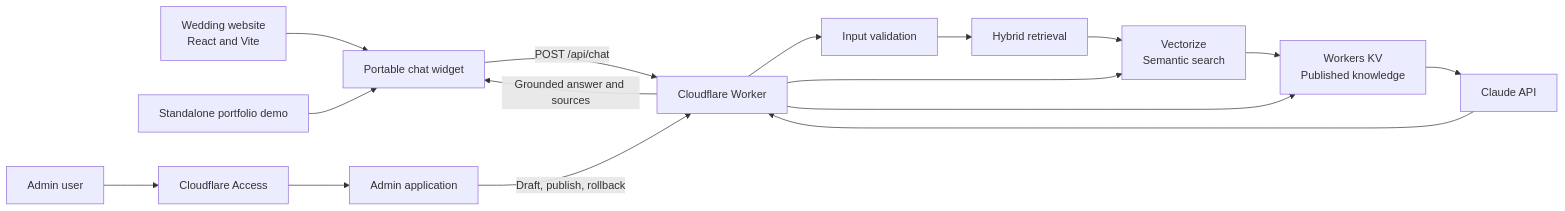
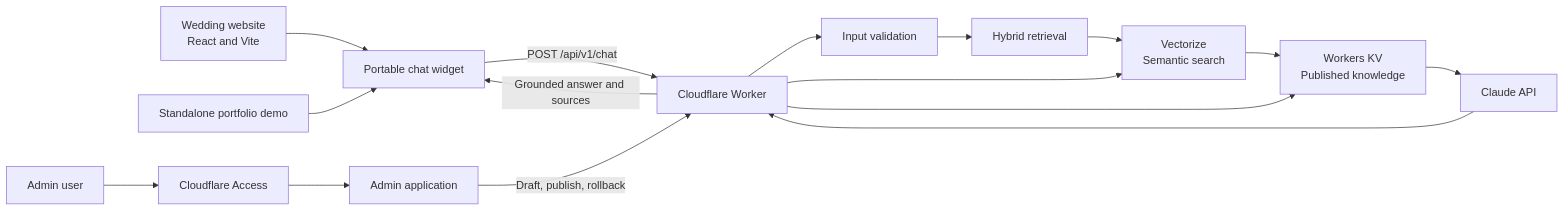
One commit to ajayd942/cloudflare-ai-event-concierge changed the diagram in docs/planning/INITIAL_IMPLEMENTATION_PLAN.md. Above: the diagram before and after it, drawn with Mermaid. The commit also changed other lines of this file and 10 other files, not shown here.

````diff
--- a/docs/planning/INITIAL_IMPLEMENTATION_PLAN.md
+++ b/docs/planning/INITIAL_IMPLEMENTATION_PLAN.md
@@ -56,19 +399,19 @@
 ```mermaid
 flowchart LR
     A["Wedding website<br/>React and Vite"] --> B["Portable chat widget"]
     D["Standalone portfolio demo"] --> B
-    B -->|POST /api/chat| C["Cloudflare Worker"]
+    B -->|POST /api/v1/chat| C["Cloudflare Worker"]
     C --> E["Input validation"]
     E --> F["Hybrid retrieval"]
     F --> G["Vectorize<br/>Semantic search"]
     G --> I["Workers KV<br/>Published knowledge"]
     I --> H["Claude API"]
     H --> C
     C -->|Grounded answer and sources| B
 
     J["Admin user"] --> K["Cloudflare Access"]
     K --> L["Admin application"]
     L -->|Draft, publish, rollback| C
     C --> G
     C --> I
 ```
````
